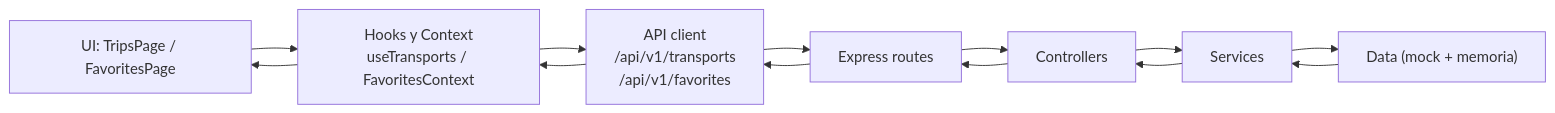
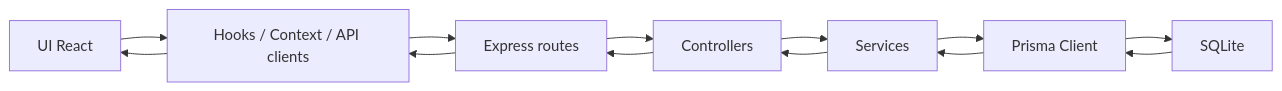
One commit to AdriSantosVera/transitflow changed the diagram in docs/design.md. Above: the diagram before and after it, drawn with Mermaid. The commit also changed other lines of this file and 125 other files, not shown here.

````diff
--- a/docs/design.md
+++ b/docs/design.md
@@ -87,10 +123,10 @@
 ```mermaid
 flowchart LR
-  A["UI: TripsPage / FavoritesPage"] --> B["Hooks y Context\nuseTransports / FavoritesContext"]
-  B --> C["API client\n/api/v1/transports\n/api/v1/favorites"]
-  C --> D["Express routes"]
-  D --> E["Controllers"]
-  E --> F["Services"]
-  F --> G["Data (mock + memoria)"]
+  A["UI React"] --> B["Hooks / Context / API clients"]
+  B --> C["Express routes"]
+  C --> D["Controllers"]
+  D --> E["Services"]
+  E --> F["Prisma Client"]
+  F --> G["SQLite"]
   G --> F --> E --> D --> C --> B --> A
 ```
````
